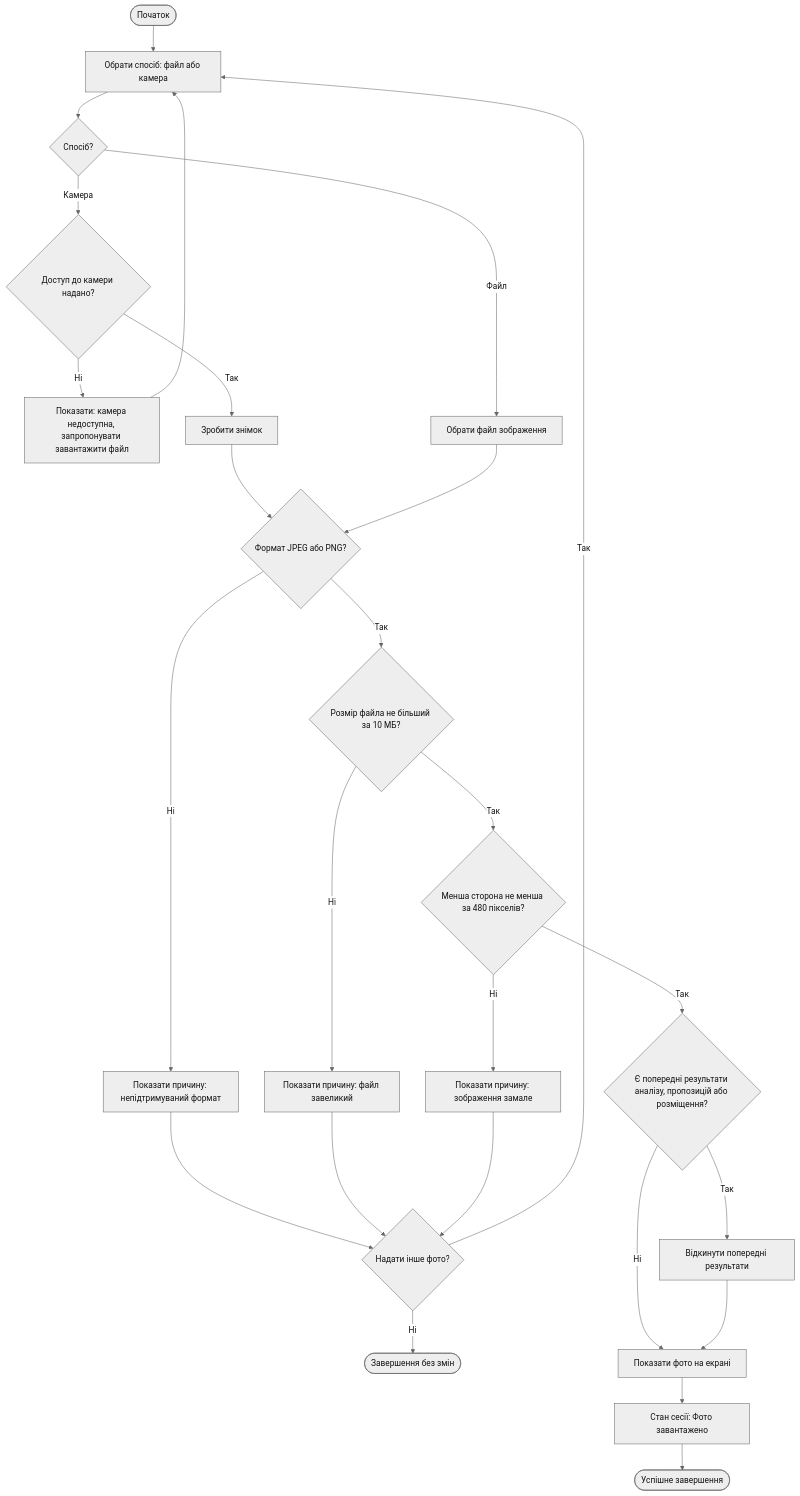
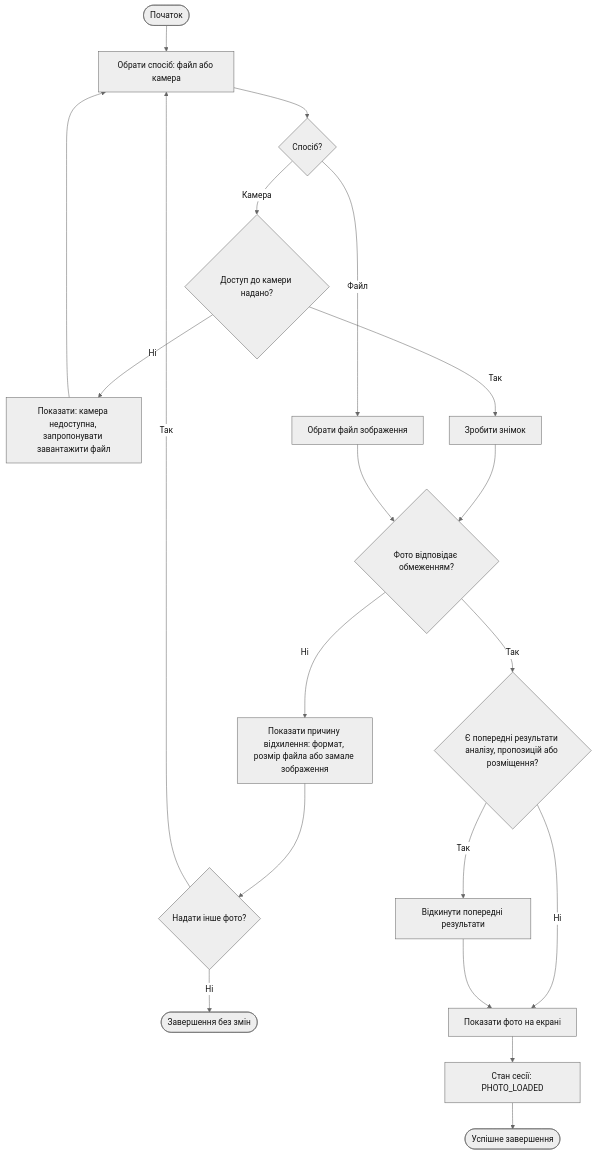
One commit to ilSPACEli/AiDesigner changed the diagram in model/activity-uc-01.md. Above: the diagram before and after it, drawn with Mermaid. The commit also changed other lines of this file and 6 other files, not shown here.

Commit message:
docs: rework activity-uc-01 diagram and sync requirements

````diff
--- a/model/activity-uc-01.md
+++ b/model/activity-uc-01.md
@@ -7,29 +7,23 @@
 ```mermaid
 %%{init: {"theme":"base","themeVariables":{"fontFamily":"Liberation Sans, Arial, sans-serif","primaryColor":"#eeeeee","primaryBorderColor":"#666666","primaryTextColor":"#111111","lineColor":"#666666","edgeLabelBackground":"#ffffff"},"flowchart":{"curve":"basis","htmlLabels":true}}}%%
 flowchart TD
     S([Початок]) --> A1[Обрати спосіб: файл або камера]
     A1 --> D1{Спосіб?}
     D1 -- Камера --> D2{Доступ до камери надано?}
     D2 -- Ні --> M1[Показати: камера недоступна, запропонувати завантажити файл]
     M1 --> A1
     D2 -- Так --> A2[Зробити знімок]
     D1 -- Файл --> A3[Обрати файл зображення]
-    A2 --> D3{Формат JPEG або PNG?}
+    A2 --> D3{Фото відповідає обмеженням?}
     A3 --> D3
-    D3 -- Ні --> M2[Показати причину: непідтримуваний формат]
-    D3 -- Так --> D4{Розмір файла не більший за 10 МБ?}
-    D4 -- Ні --> M3[Показати причину: файл завеликий]
-    D4 -- Так --> D5{Менша сторона не менша за 480 пікселів?}
-    D5 -- Ні --> M4[Показати причину: зображення замале]
+    D3 -- Ні --> M2[Показати причину відхилення: формат, розмір файла або замале зображення]
     M2 --> D6{Надати інше фото?}
-    M3 --> D6
-    M4 --> D6
     D6 -- Так --> A1
     D6 -- Ні --> E1([Завершення без змін])
-    D5 -- Так --> D7{Є попередні результати аналізу, пропозицій або розміщення?}
+    D3 -- Так --> D7{Є попередні результати аналізу, пропозицій або розміщення?}
     D7 -- Так --> A4[Відкинути попередні результати]
     D7 -- Ні --> A5[Показати фото на екрані]
     A4 --> A5
-    A5 --> A6[Стан сесії: Фото завантажено]
+    A5 --> A6[Стан сесії: PHOTO_LOADED]
     A6 --> E2([Успішне завершення])
 ```
````
